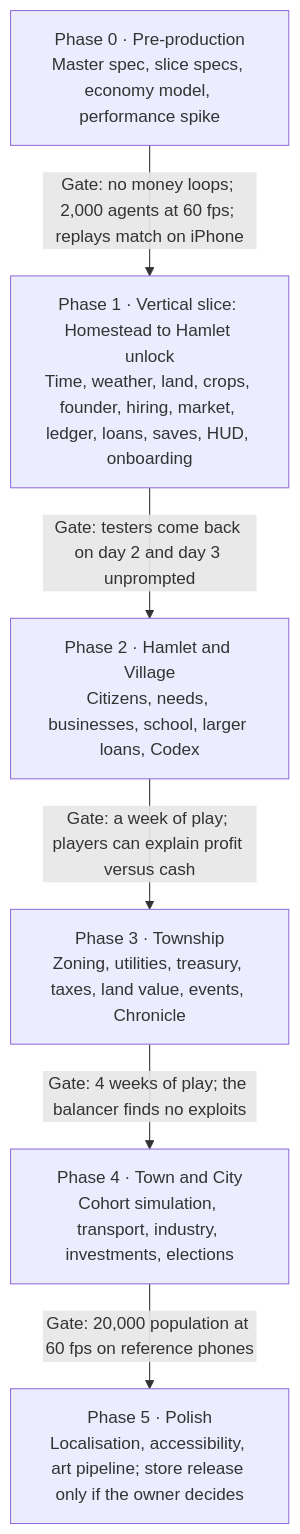
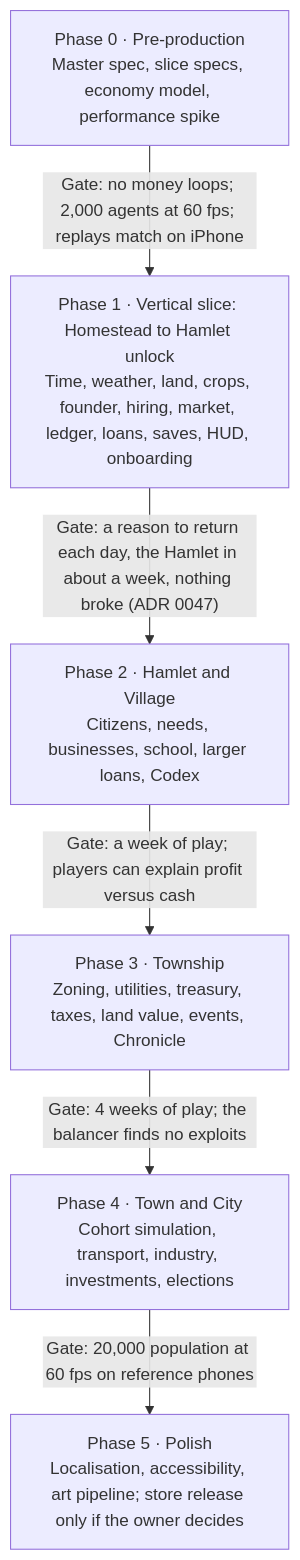
Before and after one commit to patel-keyur-18/farm-to-city: the second of 2 diagrams in docs/GDD.md, drawn with Mermaid. The commit also changed other lines of this file and 26 other files, not shown here.

````diff
--- a/docs/GDD.md
+++ b/docs/GDD.md
@@ -1081,15 +1081,15 @@
 ```mermaid
 flowchart TB
     P0["Phase 0 · Pre-production<br/>Master spec, slice specs, economy model, performance spike"]
     P1["Phase 1 · Vertical slice: Homestead to Hamlet unlock<br/>Time, weather, land, crops, founder, hiring, market, ledger, loans, saves, HUD, onboarding"]
     P2["Phase 2 · Hamlet and Village<br/>Citizens, needs, businesses, school, larger loans, Codex"]
     P3["Phase 3 · Township<br/>Zoning, utilities, treasury, taxes, land value, events, Chronicle"]
     P4["Phase 4 · Town and City<br/>Cohort simulation, transport, industry, investments, elections"]
     P5["Phase 5 · Polish<br/>Localisation, accessibility, art pipeline; store release only if the owner decides"]
 
     P0 -->|"Gate: no money loops; 2,000 agents at 60 fps; replays match on iPhone"| P1
-    P1 -->|"Gate: testers come back on day 2 and day 3 unprompted"| P2
+    P1 -->|"Gate: a reason to return each day, the Hamlet in about a week, nothing broke (ADR 0047)"| P2
     P2 -->|"Gate: a week of play; players can explain profit versus cash"| P3
     P3 -->|"Gate: 4 weeks of play; the balancer finds no exploits"| P4
     P4 -->|"Gate: 20,000 population at 60 fps on reference phones"| P5
 ```
````
